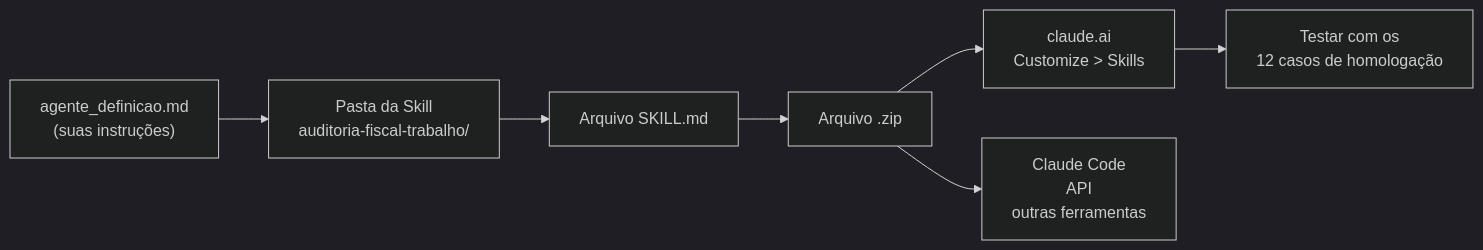
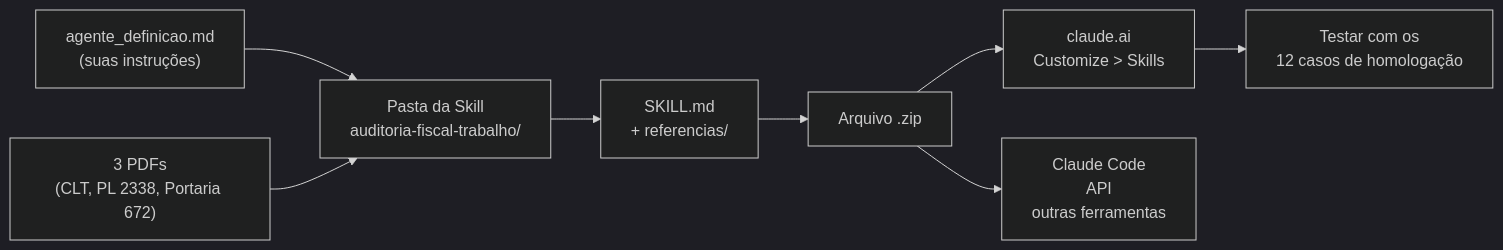
The diagram in criando_skill.md (marcelopita/idp-ppgap-iasp), drawn with Mermaid (dark theme) before and after one commit. The commit also changed other lines of this file, not shown here.

````diff
--- a/criando_skill.md
+++ b/criando_skill.md
@@ -35,9 +35,10 @@
 ```mermaid
 flowchart LR
     A["agente_definicao.md<br/>(suas instruções)"] --> B["Pasta da Skill<br/>auditoria-fiscal-trabalho/"]
-    B --> C["Arquivo SKILL.md"]
+    P["3 PDFs<br/>(CLT, PL 2338, Portaria 672)"] --> B
+    B --> C["SKILL.md<br/>+ referencias/"]
     C --> D["Arquivo .zip"]
     D --> E["claude.ai<br/>Customize > Skills"]
     D --> F["Claude Code<br/>API<br/>outras ferramentas"]
     E --> G["Testar com os<br/>12 casos de homologação"]
 ```
````
